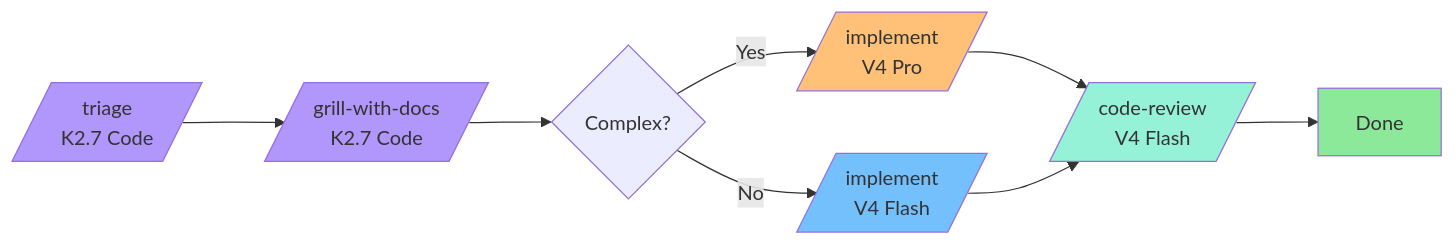
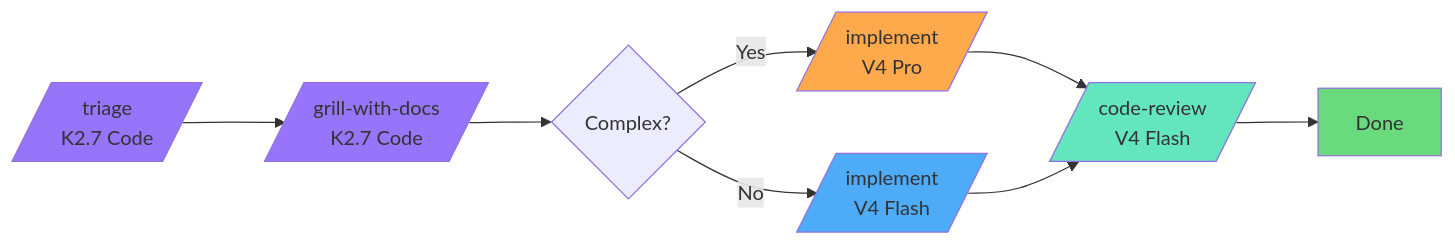
Before and after one commit to elisharkray1030/ai-coding-workflow: the second of 5 diagrams in README.md, drawn with Mermaid. The commit also changed other lines of this file, not shown here.

First line of the commit message:
Darken Mermaid diagram fills for readability

````diff
--- a/README.md
+++ b/README.md
@@ -46,22 +46,22 @@
 ```mermaid
 graph LR
     TR[/triage<br/>K2.7 Code/] --> IN[/grill-with-docs<br/>K2.7 Code/]
     IN --> D{Complex?}
     D -->|Yes| IC[/implement<br/>V4 Pro/]
     D -->|No| IS[/implement<br/>V4 Flash/]
     IC --> CR[/code-review<br/>V4 Flash/]
     IS --> CR
     CR --> DN[Done]
 
-    classDef purple fill:#b197fc
-    classDef green fill:#8ce99a
-    classDef blue fill:#74c0fc
-    classDef orange fill:#ffc078
-    classDef teal fill:#96f2d7
+    classDef purple fill:#9775fa
+    classDef green fill:#69db7c
+    classDef blue fill:#4dabf7
+    classDef orange fill:#ffa94d
+    classDef teal fill:#63e6be
 
     class TR,IN purple
     class IS blue
     class IC orange
     class CR teal
     class DN green
 ```
````
